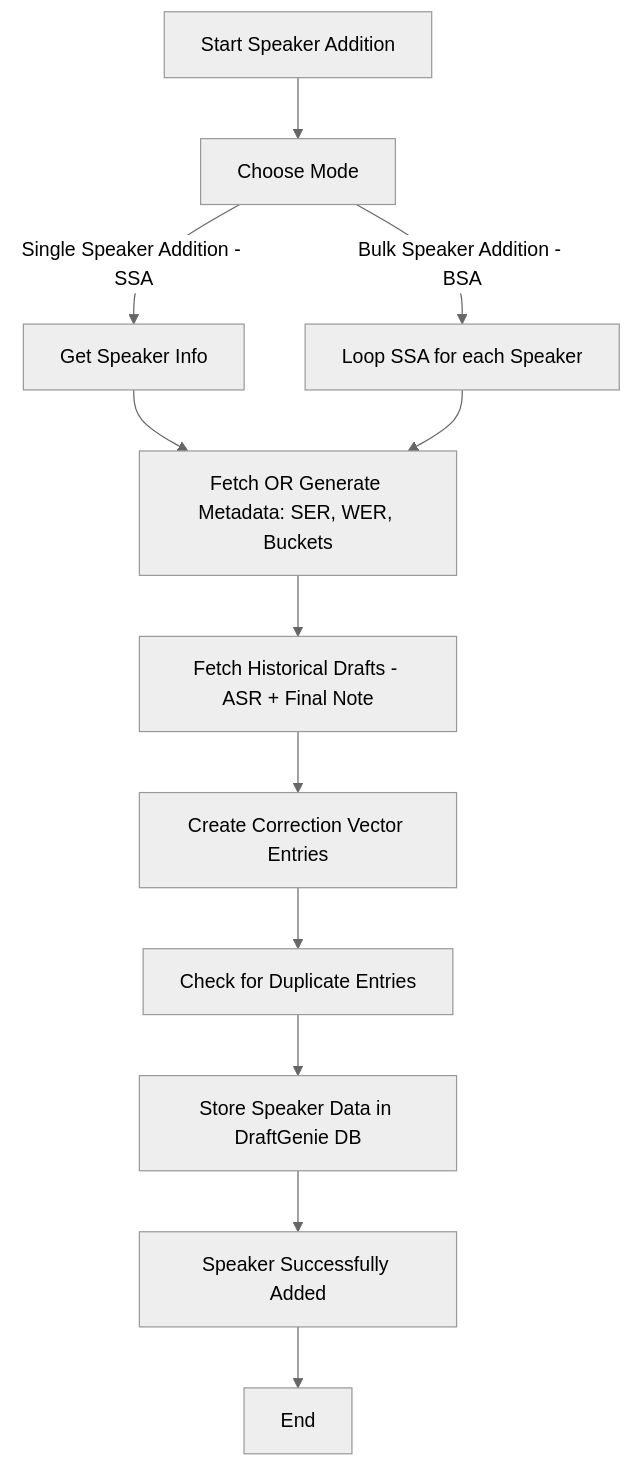
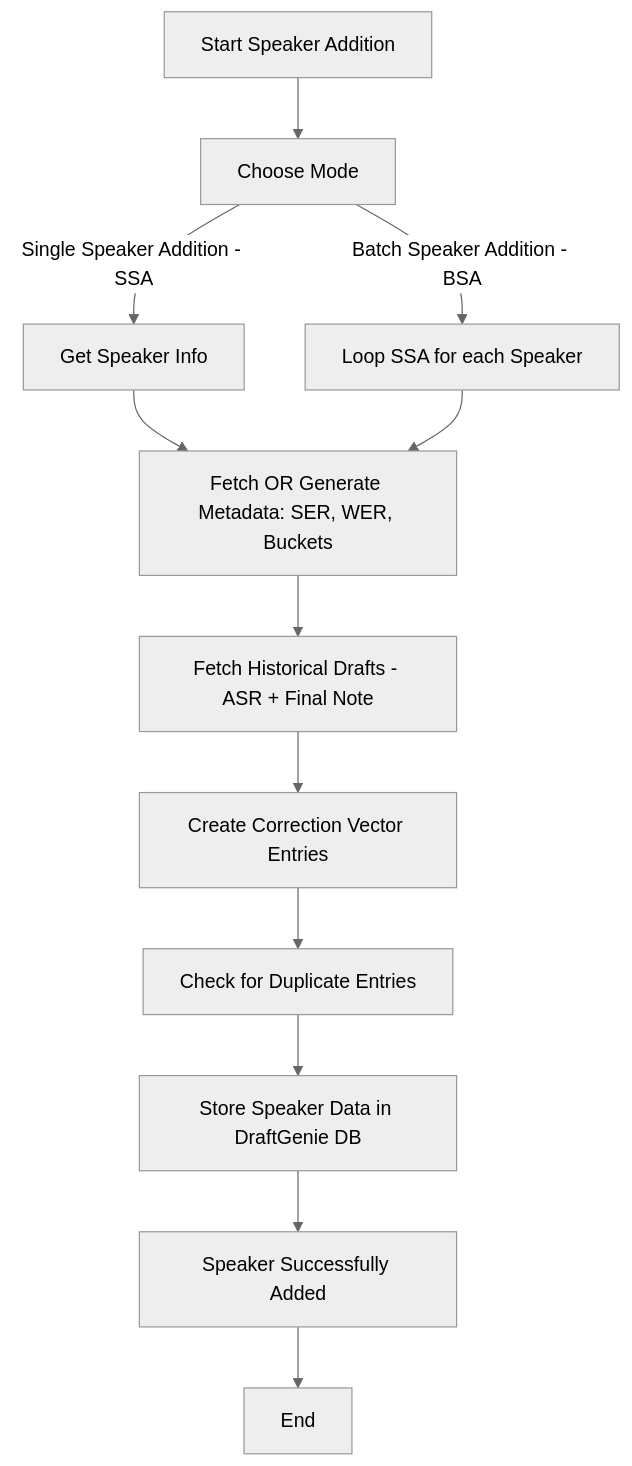
The second of 4 diagrams in docs/draft-genie-system-documentation.md (tan-res-space/draft-genie), drawn with Mermaid (neutral theme) before and after one commit. The commit also changed other lines of this file and 268 other files, not shown here.

````diff
--- a/docs/draft-genie-system-documentation.md
+++ b/docs/draft-genie-system-documentation.md
@@ -59,16 +80,16 @@
 ```mermaid
 flowchart TD
     A[Start Speaker Addition] --> B[Choose Mode]
     B -->|Single Speaker Addition - SSA| C[Get Speaker Info]
-    B -->|Bulk Speaker Addition - BSA| D[Loop SSA for each Speaker]
+    B -->|Batch Speaker Addition - BSA| D[Loop SSA for each Speaker]
     
     C --> E[Fetch OR Generate Metadata: SER, WER, Buckets]
     E --> F[Fetch Historical Drafts - ASR + Final Note]
     F --> G[Create Correction Vector Entries]
     G --> H[Check for Duplicate Entries]
     H --> I[Store Speaker Data in DraftGenie DB]
     
     D --> E
     I --> J[Speaker Successfully Added]
     J --> K[End]
 ```
````
